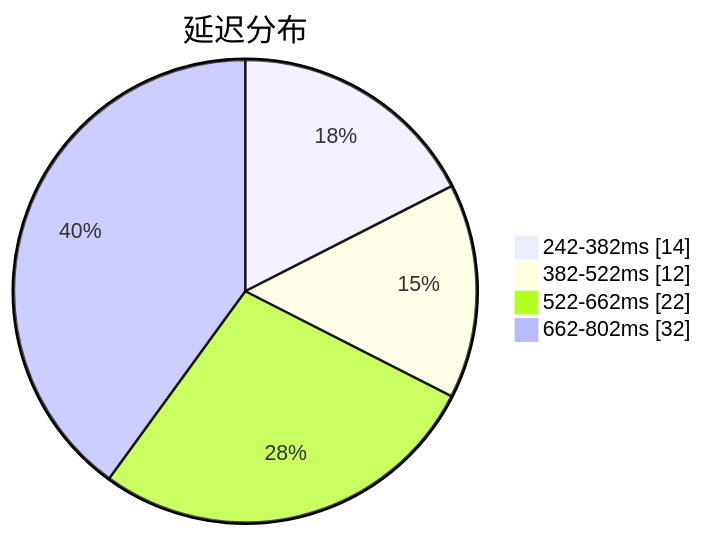
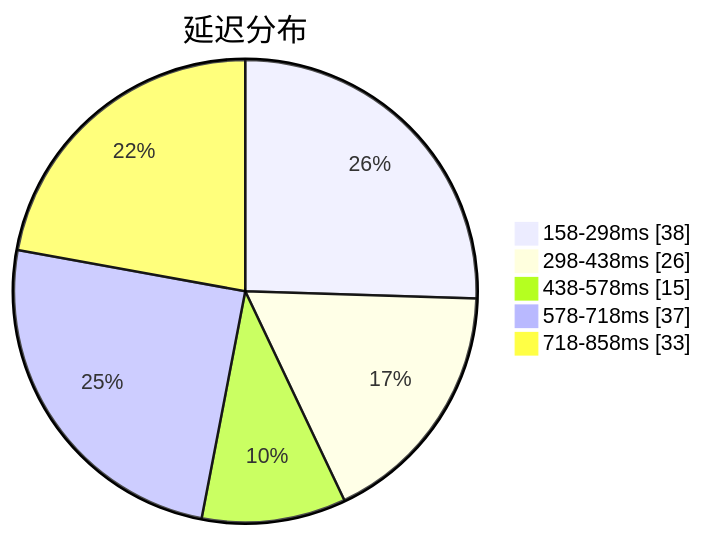
Before and after one commit to qjlxg/airport: the first of 3 diagrams in subs/statistics/tested_within.md, drawn with Mermaid. The commit also changed other lines of this file and 2 other files, not shown here.

Commit message:
Tested by metaST

````diff
--- a/subs/statistics/tested_within.md
+++ b/subs/statistics/tested_within.md
@@ -2,8 +2,9 @@
 ```mermaid
 pie showData
 title 延迟分布
-"242-382ms" : 14
-"382-522ms" : 12
-"522-662ms" : 22
-"662-802ms" : 32
+"158-298ms" : 38
+"298-438ms" : 26
+"438-578ms" : 15
+"578-718ms" : 37
+"718-858ms" : 33
 ```
````
